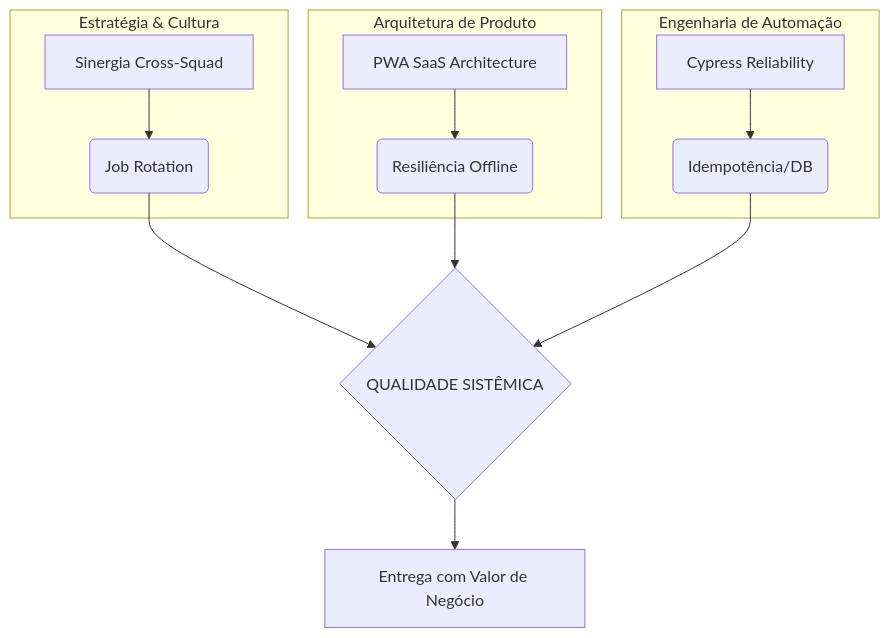
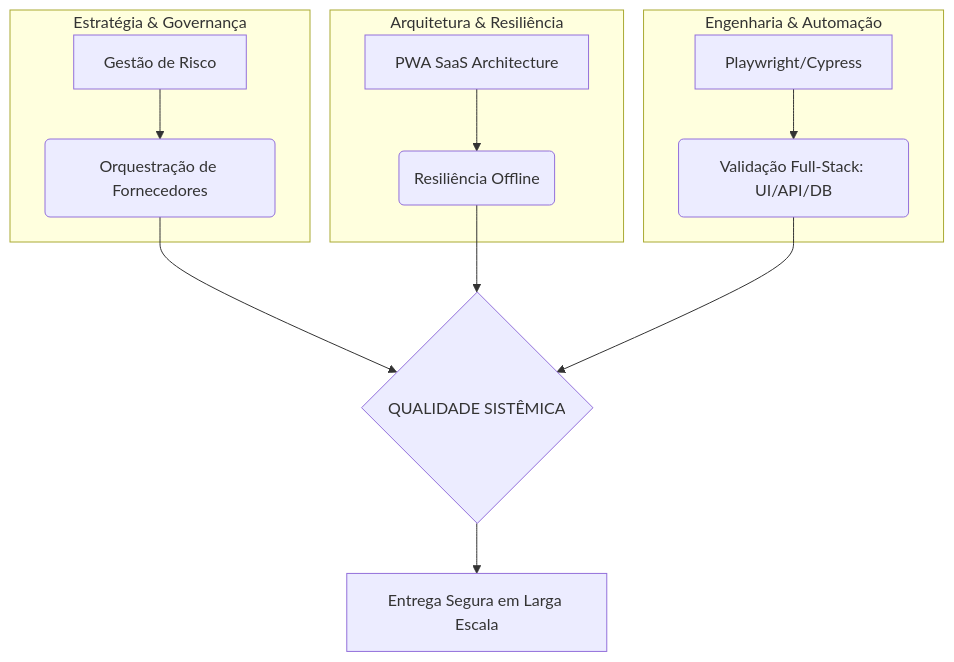
The diagram in README.md (kassiorochas/system-quality-framework), drawn with Mermaid before and after one commit. The commit also changed other lines of this file and 4 other files, not shown here.

````diff
--- a/README.md
+++ b/README.md
@@ -41,17 +40,17 @@
 ```mermaid
 flowchart TD
-    subgraph Pilar_1 [Estratégia & Cultura]
-    A[Sinergia Cross-Squad] --> B(Job Rotation)
+    subgraph Pilar_1 [Estratégia & Governança]
+    A[Gestão de Risco] --> B(Orquestração de Fornecedores)
     end
     
-    subgraph Pilar_2 [Arquitetura de Produto]
+    subgraph Pilar_2 [Arquitetura & Resiliência]
     C[PWA SaaS Architecture] --> D(Resiliência Offline)
     end
     
-    subgraph Pilar_3 [Engenharia de Automação]
-    E[Cypress Reliability] --> F(Idempotência/DB)
+    subgraph Pilar_3 [Engenharia & Automação]
+    E[Playwright/Cypress] --> F(Validação Full-Stack: UI/API/DB)
     end
     
     B & D & F --> G{QUALIDADE SISTÊMICA}
-    G --> H[Entrega com Valor de Negócio]
+    G --> H[Entrega Segura em Larga Escala]
 ```
````
